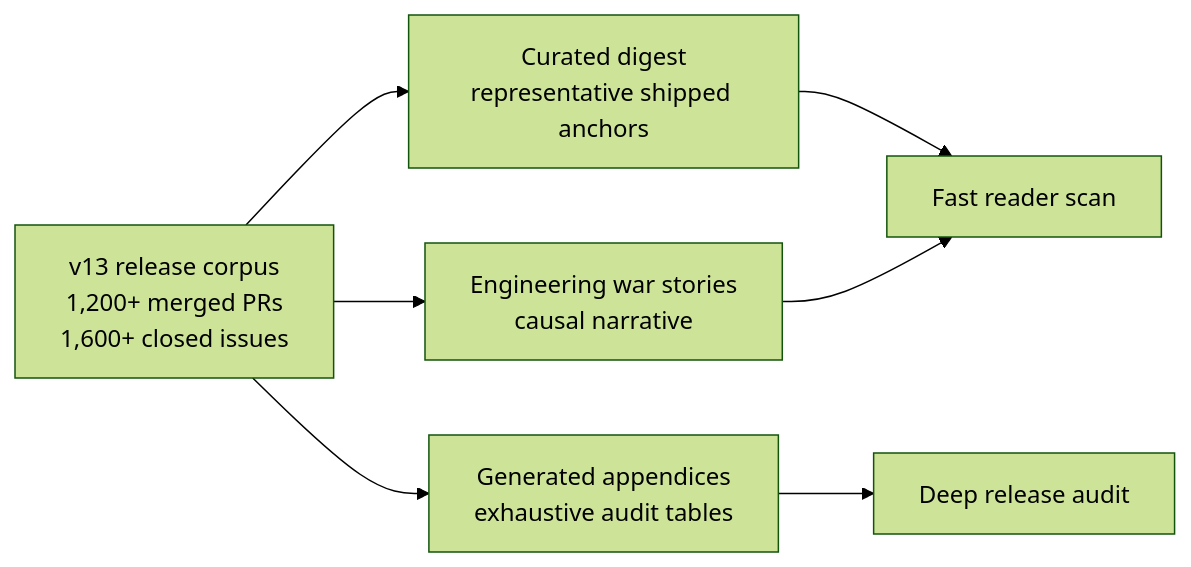
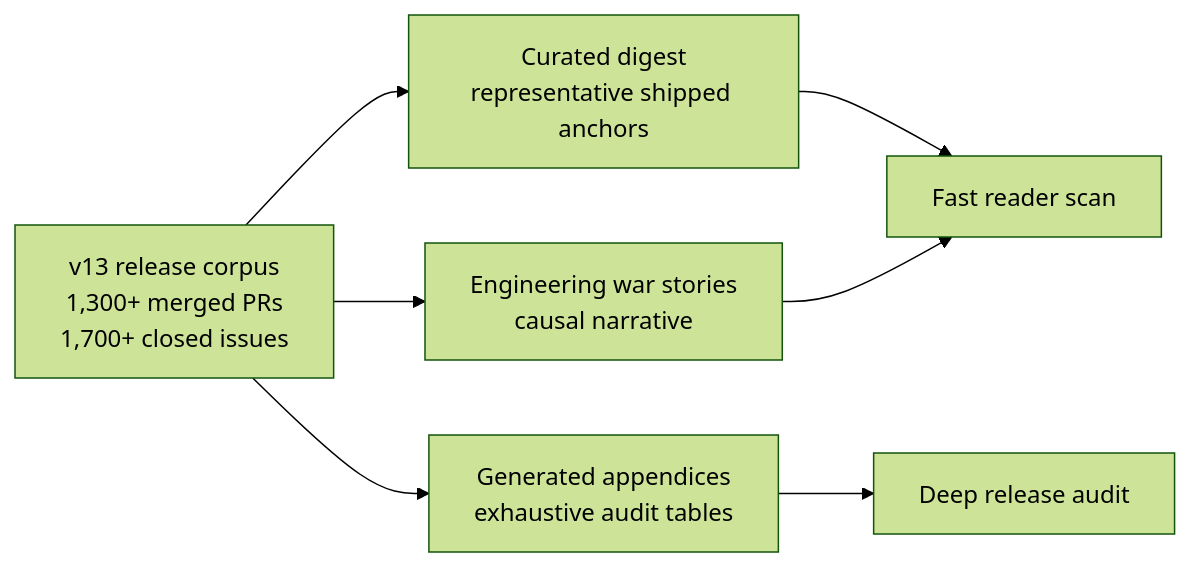
Before and after one commit to neomjs/neo: the third of 3 diagrams in resources/content/release-notes/v13.0.0.md, drawn with Mermaid (forest theme). The commit also changed other lines of this file, not shown here.

Commit message:
docs(release): refresh v13 evidence snapshot at cut prep (#12876)

````diff
--- a/resources/content/release-notes/v13.0.0.md
+++ b/resources/content/release-notes/v13.0.0.md
@@ -431,14 +431,14 @@
 ```mermaid
 flowchart LR
-    Corpus["v13 release corpus<br/>1,200+ merged PRs<br/>1,600+ closed issues"]
+    Corpus["v13 release corpus<br/>1,300+ merged PRs<br/>1,700+ closed issues"]
     Digest["Curated digest<br/>representative shipped anchors"]
     Stories["Engineering war stories<br/>causal narrative"]
     Appendix["Generated appendices<br/>exhaustive audit tables"]
 
     Corpus --> Digest
     Corpus --> Stories
     Corpus --> Appendix
     Digest --> Reader["Fast reader scan"]
     Stories --> Reader
     Appendix --> Auditor["Deep release audit"]
 ```
````
